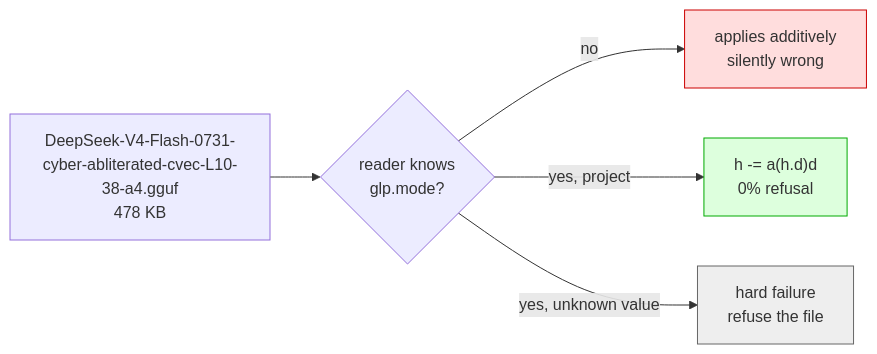
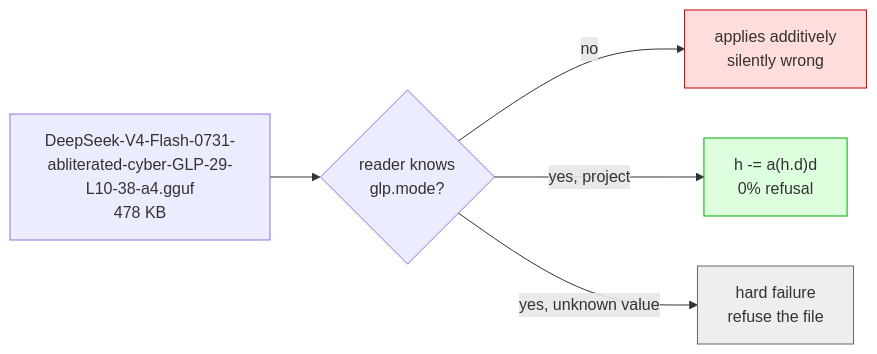
The diagram in spec/CONTROL-VECTOR.md (msuiche/weightless), drawn with Mermaid before and after one commit. The commit also changed 3 other files, not shown here.

````diff
--- a/spec/CONTROL-VECTOR.md
+++ b/spec/CONTROL-VECTOR.md
@@ -57,10 +57,10 @@
 ```mermaid
 flowchart LR
-    F["DeepSeek-V4-Flash-0731-cyber-abliterated-cvec-L10-38-a4.gguf<br/>478 KB"] --> R{"reader knows<br/>glp.mode?"}
+    F["DeepSeek-V4-Flash-0731-abliterated-cyber-GLP-29-L10-38-a4.gguf<br/>478 KB"] --> R{"reader knows<br/>glp.mode?"}
     R -- "no" --> W["applies additively<br/>silently wrong"]
     R -- "yes, project" --> P["h -= a(h.d)d<br/>0% refusal"]
     R -- "yes, unknown value" --> E["hard failure<br/>refuse the file"]
     style W fill:#fdd,stroke:#c00
     style P fill:#dfd,stroke:#0a0
     style E fill:#eee,stroke:#666
 ```
````
